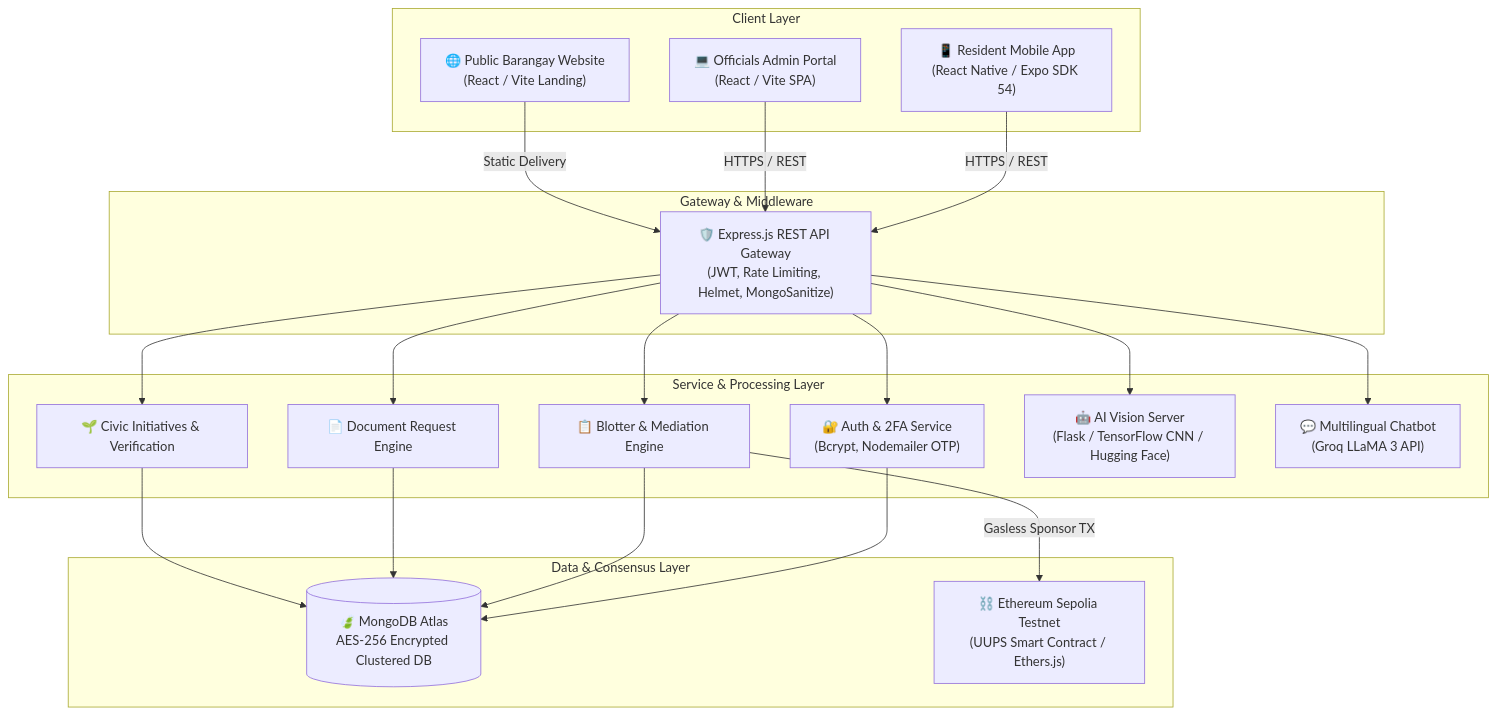
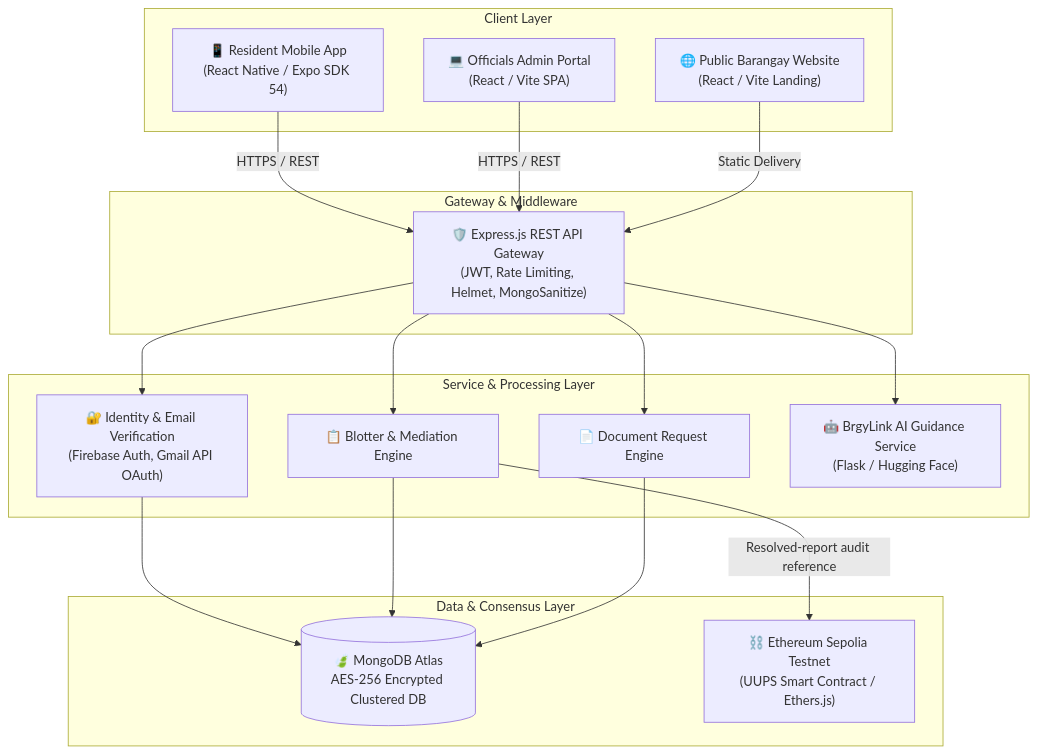
One commit to kurtgitgit/mission17 changed the diagram in README.md. Above: the diagram before and after it, drawn with Mermaid. The commit also changed other lines of this file and 35 other files, not shown here.

````diff
--- a/README.md
+++ b/README.md
@@ -38,43 +36,38 @@
 ```mermaid
 graph TD
     subgraph Client Layer
         Mobile["📱 Resident Mobile App<br/>(React Native / Expo SDK 54)"]
         Admin["💻 Officials Admin Portal<br/>(React / Vite SPA)"]
         WebPortal["🌐 Public Barangay Website<br/>(React / Vite Landing)"]
     end
 
     subgraph Gateway & Middleware
         Gateway["🛡️ Express.js REST API Gateway<br/>(JWT, Rate Limiting, Helmet, MongoSanitize)"]
     end
 
     subgraph Service & Processing Layer
-        AuthSvc["🔐 Auth & 2FA Service<br/>(Bcrypt, Nodemailer OTP)"]
+        AuthSvc["🔐 Identity & Email Verification<br/>(Firebase Auth, Gmail API OAuth)"]
         BlotterSvc["📋 Blotter & Mediation Engine"]
         DocSvc["📄 Document Request Engine"]
-        CivicSvc["🌱 Civic Initiatives & Verification"]
-        AIServer["🤖 AI Vision Server<br/>(Flask / TensorFlow CNN / Hugging Face)"]
-        LLM["💬 Multilingual Chatbot<br/>(Groq LLaMA 3 API)"]
+        ChatbotSvc["🤖 BrgyLink AI Guidance Service<br/>(Flask / Hugging Face)"]
     end
 
     subgraph Data & Consensus Layer
         MongoDB[(🍃 MongoDB Atlas<br/>AES-256 Encrypted Clustered DB)]
         Blockchain["⛓️ Ethereum Sepolia Testnet<br/>(UUPS Smart Contract / Ethers.js)"]
     end
 
     Mobile -->|HTTPS / REST| Gateway
     Admin -->|HTTPS / REST| Gateway
     WebPortal -->|Static Delivery| Gateway
 
     Gateway --> AuthSvc
     Gateway --> BlotterSvc
     Gateway --> DocSvc
-    Gateway --> CivicSvc
-    Gateway --> AIServer
-    Gateway --> LLM
+    Gateway --> ChatbotSvc
 
     AuthSvc --> MongoDB
     BlotterSvc --> MongoDB
     DocSvc --> MongoDB
-    CivicSvc --> MongoDB
-    BlotterSvc -->|Gasless Sponsor TX| Blockchain
+    BlotterSvc -->|Resolved-report audit reference| Blockchain
 ```
````
